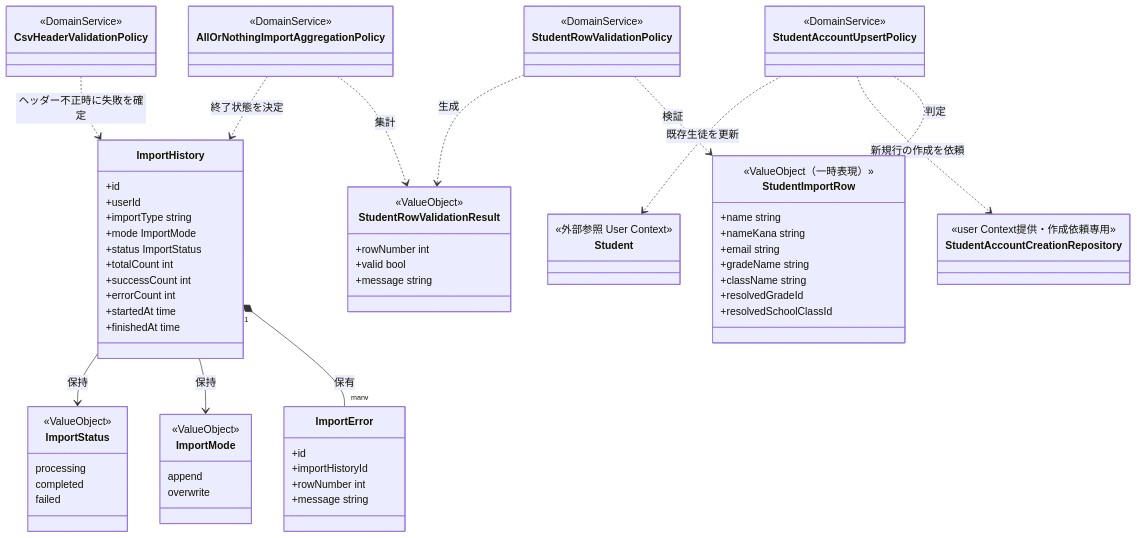
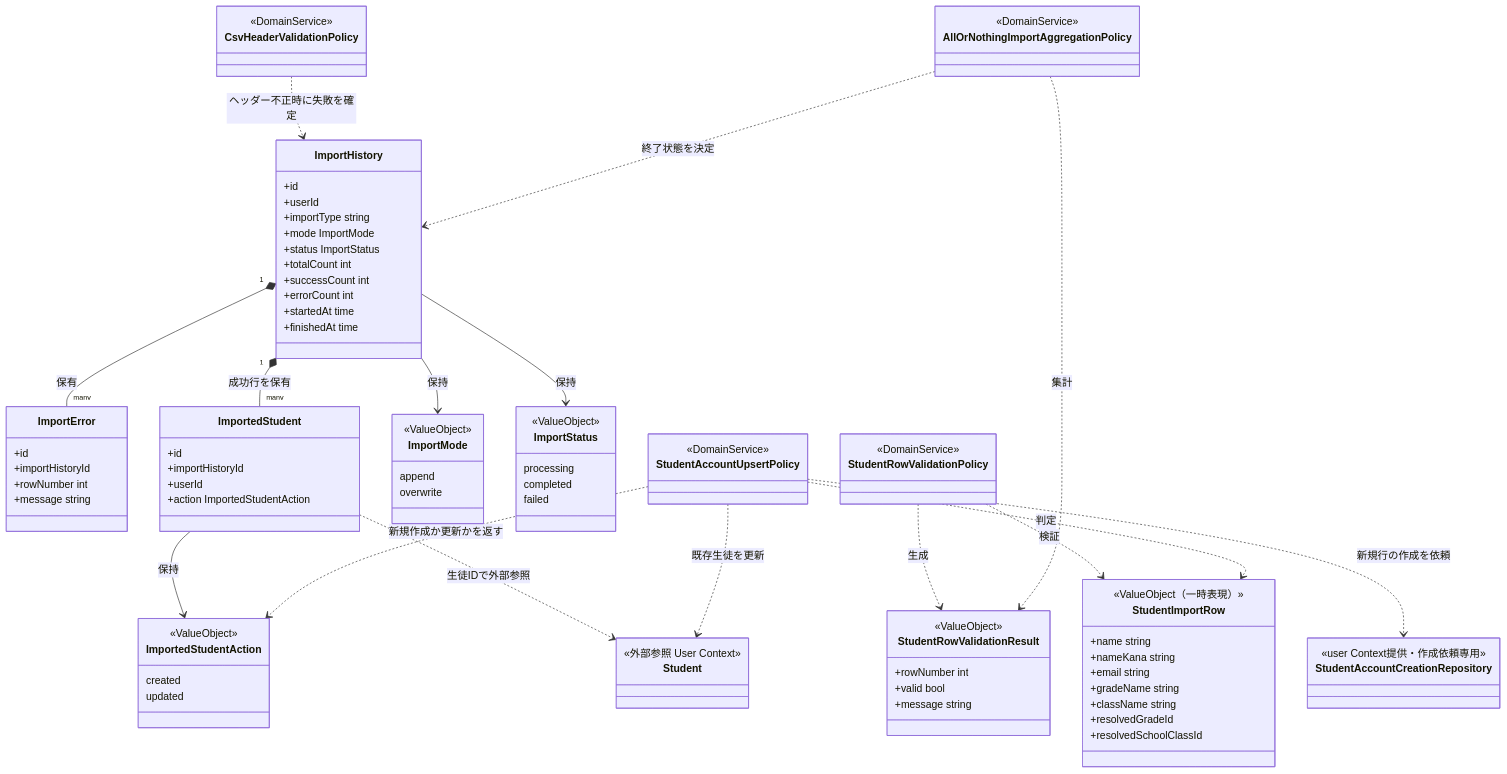
One commit to yuta20253/edu-platform-go-design changed the first of 4 diagrams in 計画書/GO移行・設計仕様書/生徒CSVインポート機能_Go移行・設計仕様書.md. Above: the diagram before and after it, drawn with Mermaid. The commit also changed other lines of this file and 34 other files, not shown here.

````diff
--- a/計画書/GO移行・設計仕様書/生徒CSVインポート機能_Go移行・設計仕様書.md
+++ b/計画書/GO移行・設計仕様書/生徒CSVインポート機能_Go移行・設計仕様書.md
@@ -233,6 +250,17 @@
       +importHistoryId
       +rowNumber int
       +message string
+    }
+    class ImportedStudent {
+      +id
+      +importHistoryId
+      +userId
+      +action ImportedStudentAction
+    }
+    class ImportedStudentAction {
+      <<ValueObject>>
+      created
+      updated
     }
     class StudentImportRow {
       <<ValueObject（一時表現）>>
@@ -281,6 +309,9 @@
     }
 
     ImportHistory "1" *-- "many" ImportError : 保有
+    ImportHistory "1" *-- "many" ImportedStudent : 成功行を保有
+    ImportedStudent --> ImportedStudentAction : 保持
+    ImportedStudent ..> Student : 生徒IDで外部参照
     ImportHistory --> ImportMode : 保持
     ImportHistory --> ImportStatus : 保持
     StudentRowValidationPolicy ..> StudentImportRow : 検証
@@ -291,4 +322,5 @@
     StudentAccountUpsertPolicy ..> StudentImportRow : 判定
     StudentAccountUpsertPolicy ..> StudentAccountCreationRepository : 新規行の作成を依頼
     StudentAccountUpsertPolicy ..> Student : 既存生徒を更新
+    StudentAccountUpsertPolicy ..> ImportedStudentAction : 新規作成か更新かを返す
 ```
````
